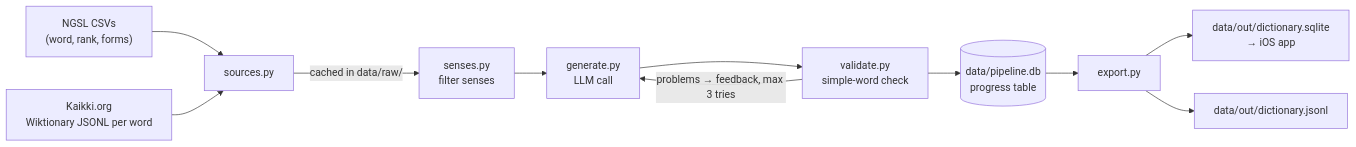
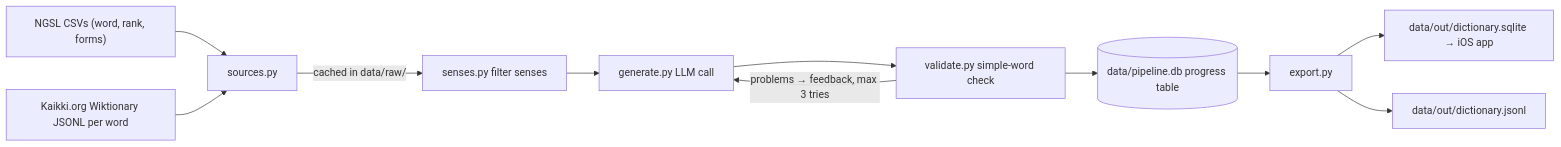
The first of 3 diagrams in backlog/docs/features/doc-6 - Dictionary-pipeline.md (tranphuocloc070699/saynata), drawn with Mermaid before and after one commit. The commit also changed other lines of this file and 8 other files, not shown here.

````diff
--- a/backlog/docs/features/doc-6 - Dictionary-pipeline.md
+++ b/backlog/docs/features/doc-6 - Dictionary-pipeline.md
@@ -20,13 +20,13 @@
 ```mermaid
 flowchart LR
-    NGSL["NGSL CSVs<br/>(word, rank, forms)"] --> SRC[sources.py]
-    KK["Kaikki.org<br/>Wiktionary JSONL per word"] --> SRC
-    SRC -->|cached in data/raw/| SEN[senses.py<br/>filter senses]
-    SEN --> GEN[generate.py<br/>LLM call]
-    GEN --> VAL[validate.py<br/>simple-word check]
+    NGSL["NGSL CSVs (word, rank, forms)"] --> SRC[sources.py]
+    KK["Kaikki.org Wiktionary JSONL per word"] --> SRC
+    SRC -->|cached in data/raw/| SEN[senses.py filter senses]
+    SEN --> GEN[generate.py LLM call]
+    GEN --> VAL[validate.py simple-word check]
     VAL -->|problems → feedback, max 3 tries| GEN
-    VAL --> ST[(data/pipeline.db<br/>progress table)]
+    VAL --> ST[(data/pipeline.db progress table)]
     ST --> EXP[export.py]
-    EXP --> OUT1[data/out/dictionary.sqlite<br/>→ iOS app]
+    EXP --> OUT1[data/out/dictionary.sqlite → iOS app]
     EXP --> OUT2[data/out/dictionary.jsonl]
 ```
````
